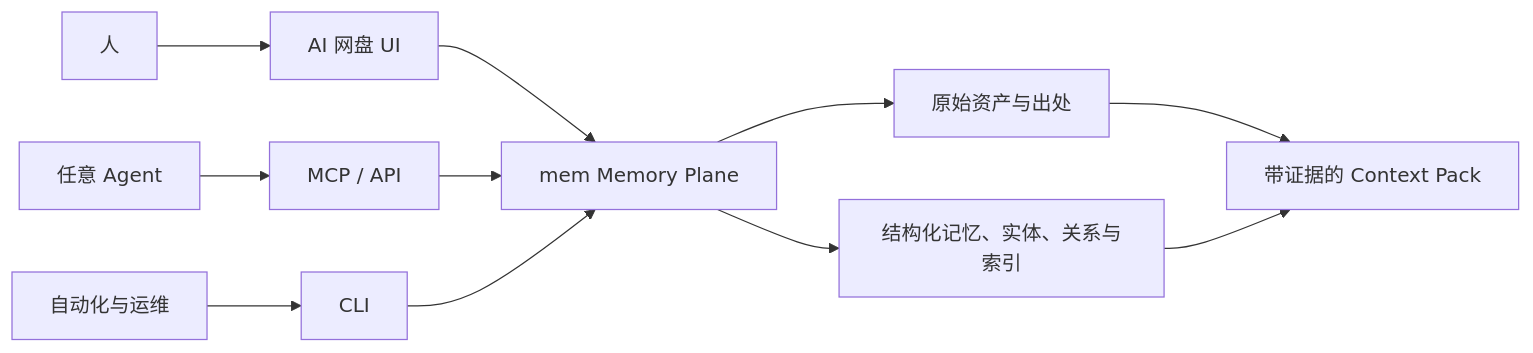
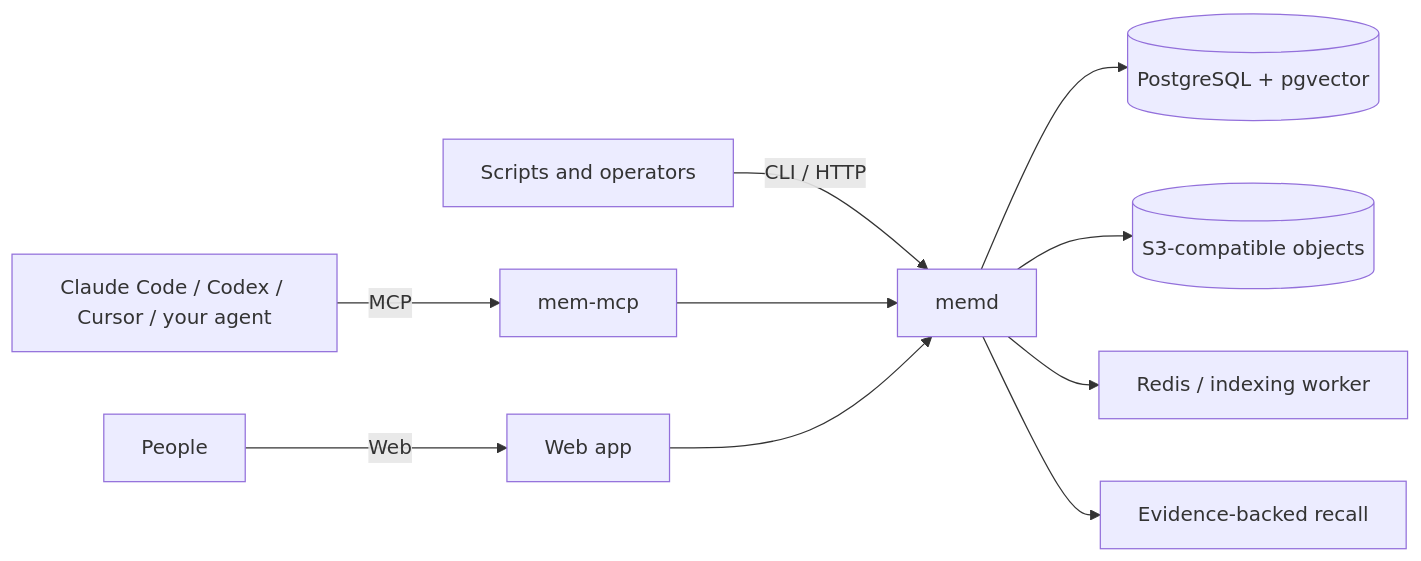
The diagram in README.md (bytefolk/mem), drawn with Mermaid before and after one commit. The commit also changed other lines of this file and 1 other file, not shown here.

````diff
--- a/README.md
+++ b/README.md
@@ -37,13 +49,12 @@
 ```mermaid
 flowchart LR
-    H["人"] --> UI["AI 网盘 UI"]
-    A["任意 Agent"] --> MCP["MCP / API"]
-    O["自动化与运维"] --> CLI["CLI"]
-    UI --> MEM["mem Memory Plane"]
-    MCP --> MEM
-    CLI --> MEM
-    MEM --> SRC["原始资产与出处"]
-    MEM --> IDX["结构化记忆、实体、关系与索引"]
-    SRC --> CTX["带证据的 Context Pack"]
-    IDX --> CTX
+    A["Claude Code / Codex / Cursor / your agent"] -->|MCP| M["mem-mcp"]
+    C["Scripts and operators"] -->|CLI / HTTP| API["memd"]
+    U["People"] -->|Web| W["Web app"]
+    M --> API
+    W --> API
+    API --> P[("PostgreSQL + pgvector")]
+    API --> O[("S3-compatible objects")]
+    API --> Q["Redis / indexing worker"]
+    API --> R["Evidence-backed recall"]
 ```
````
